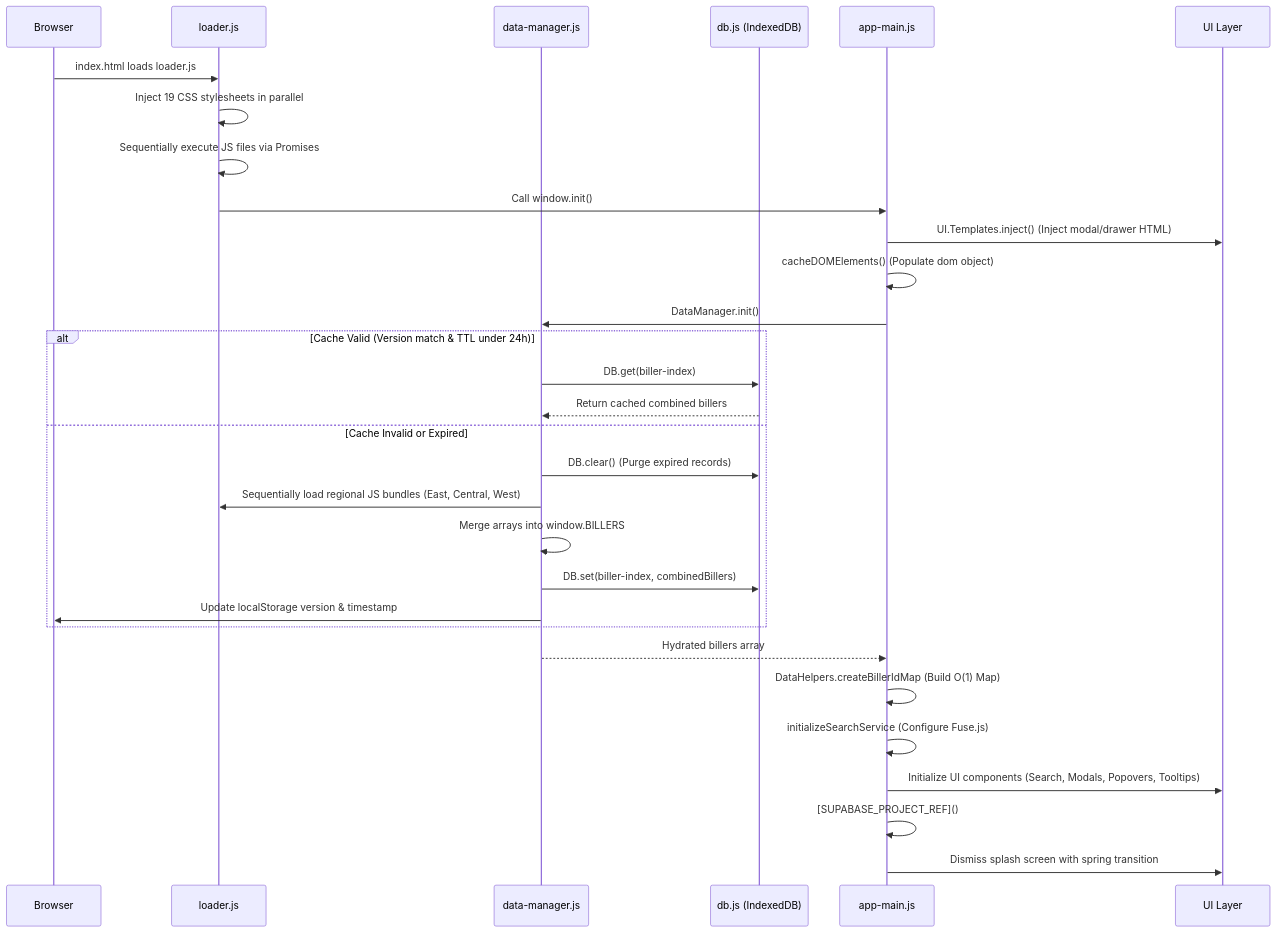
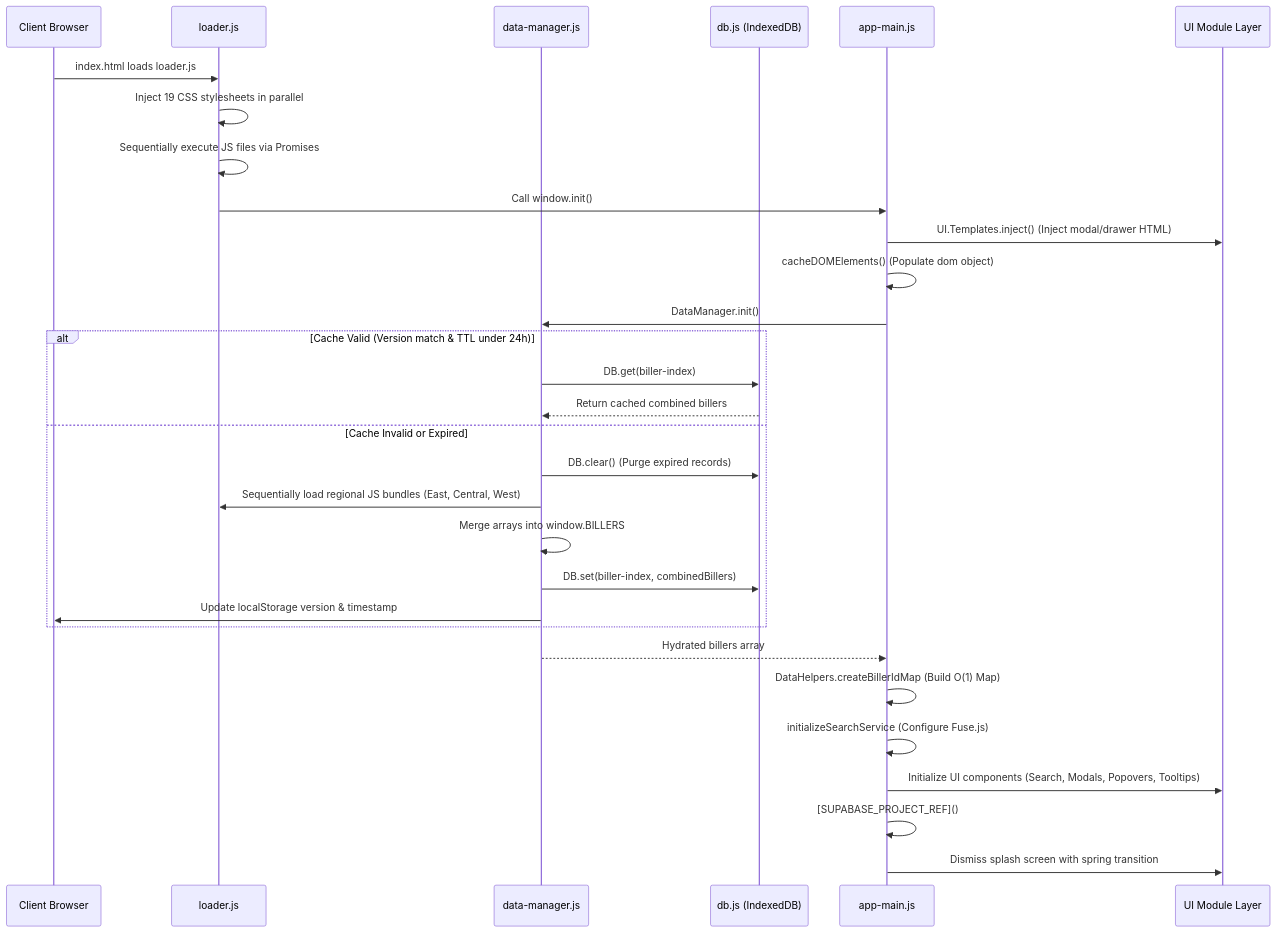
One commit to Harshil8136/chess-game1 changed the third of 7 diagrams in synced-docs/cf-admin/documentation/archive/DO NOT SCAN!/SYSTEM_PERFORMANCE_AND_SECURITY.md. Above: the diagram before and after it, drawn with Mermaid. The commit also changed other lines of this file and 4 other files, not shown here.

````diff
--- a/synced-docs/cf-admin/documentation/archive/DO NOT SCAN!/SYSTEM_PERFORMANCE_AND_SECURITY.md
+++ b/synced-docs/cf-admin/documentation/archive/DO NOT SCAN!/SYSTEM_PERFORMANCE_AND_SECURITY.md
@@ -137,35 +137,35 @@
 ```mermaid
 sequenceDiagram
-    participant Browser
+    participant Browser as Client Browser
     participant Loader as loader.js
     participant DataManager as data-manager.js
     participant DB as db.js (IndexedDB)
     participant AppMain as app-main.js
-    participant UI as UI Layer
+    participant UI as UI Module Layer
 
     Browser->>Loader: index.html loads loader.js
     Loader->>Loader: Inject 19 CSS stylesheets in parallel
     Loader->>Loader: Sequentially execute JS files via Promises
     Loader->>AppMain: Call window.init()
     AppMain->>UI: UI.Templates.inject() (Inject modal/drawer HTML)
     AppMain->>AppMain: cacheDOMElements() (Populate dom object)
     AppMain->>DataManager: DataManager.init()
     
     alt Cache Valid (Version match & TTL under 24h)
         DataManager->>DB: DB.get(biller-index)
         DB-->>DataManager: Return cached combined billers
     else Cache Invalid or Expired
         DataManager->>DB: DB.clear() (Purge expired records)
         DataManager->>Loader: Sequentially load regional JS bundles (East, Central, West)
         DataManager->>DataManager: Merge arrays into window.BILLERS
         DataManager->>DB: DB.set(biller-index, combinedBillers)
         DataManager->>Browser: Update localStorage version & timestamp
     end
 
     DataManager-->>AppMain: Hydrated billers array
     AppMain->>AppMain: DataHelpers.createBillerIdMap (Build O(1) Map)
     AppMain->>AppMain: initializeSearchService (Configure Fuse.js)
     AppMain->>UI: Initialize UI components (Search, Modals, Popovers, Tooltips)
     AppMain->>AppMain: [SUPABASE_PROJECT_REF]()
     AppMain->>UI: Dismiss splash screen with spring transition
 ```
````
